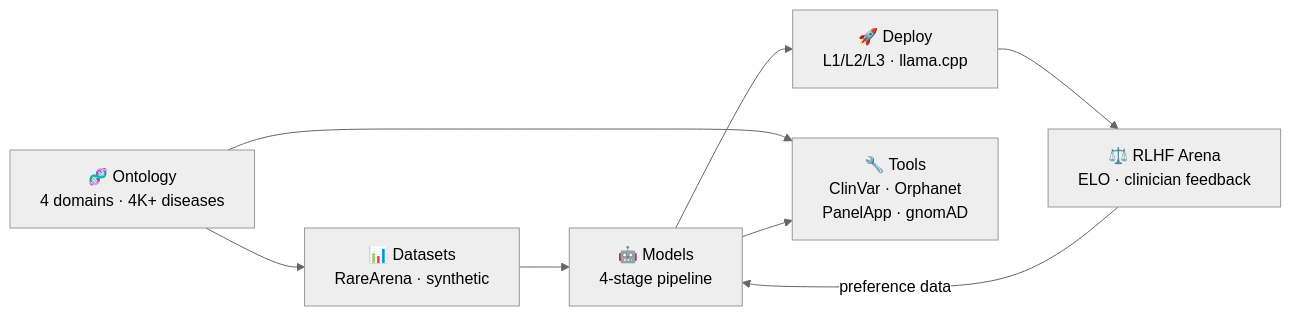
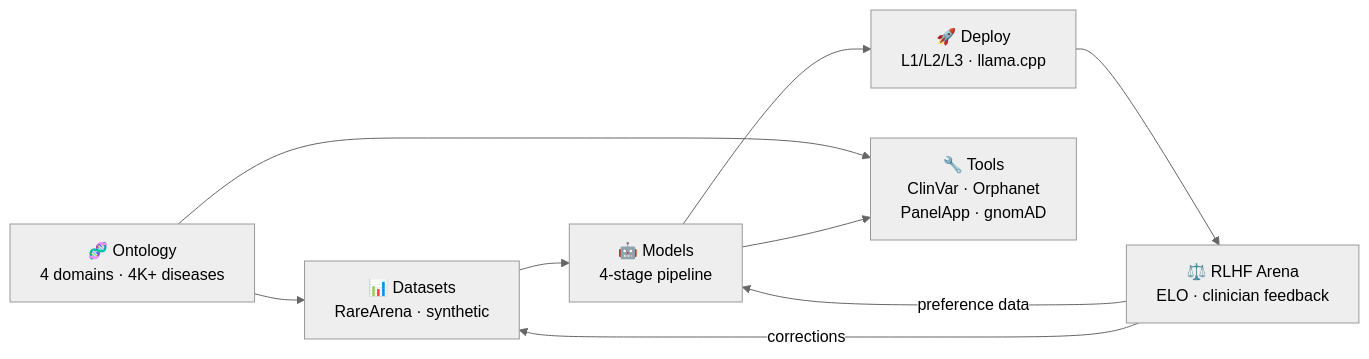
The diagram in README.md (Wilhelm-Foundation/rare-archive), drawn with Mermaid (neutral theme) before and after one commit. The commit also changed other lines of this file and 6 other files, not shown here.

First line of the commit message:
docs: add ARCHITECTURE.md with Mermaid diagrams and Gemini visuals

````diff
--- a/README.md
+++ b/README.md
@@ -40,10 +43,11 @@
 ```mermaid
 graph LR
     O["🧬 Ontology<br/>4 domains · 4K+ diseases"] --> D["📊 Datasets<br/>RareArena · synthetic"]
     D --> M["🤖 Models<br/>4-stage pipeline"]
     M --> Deploy["🚀 Deploy<br/>L1/L2/L3 · llama.cpp"]
     O --> T["🔧 Tools<br/>ClinVar · Orphanet<br/>PanelApp · gnomAD"]
     M --> T
     Deploy --> R["⚖️ RLHF Arena<br/>ELO · clinician feedback"]
     R -->|"preference data"| M
+    R -->|"corrections"| D
 ```
````
